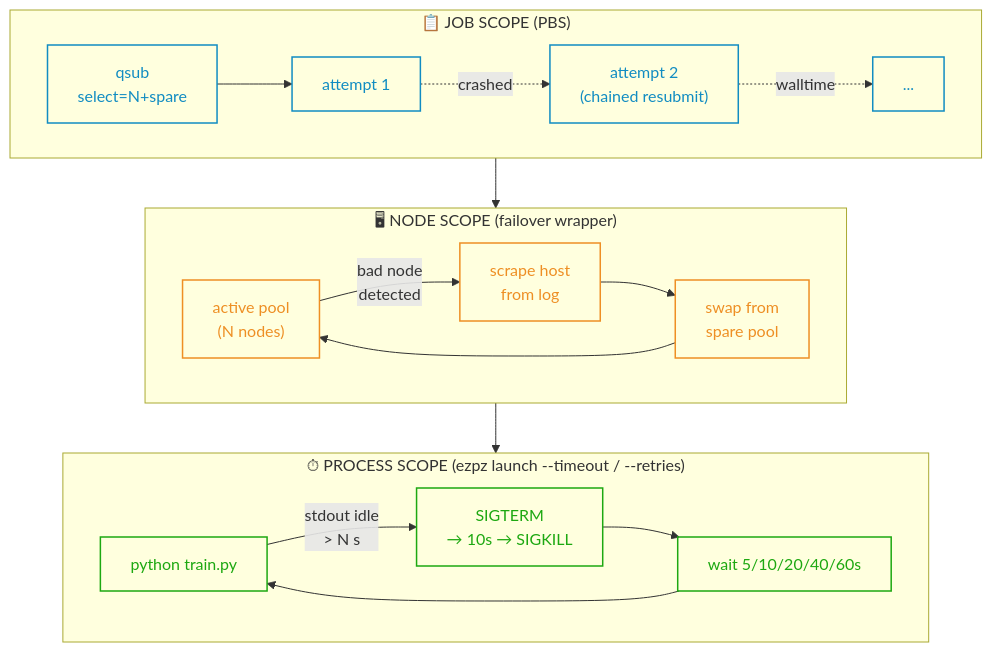
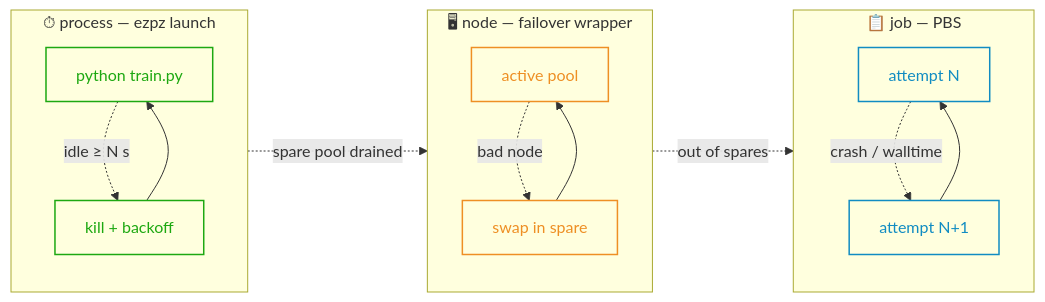
Before and after one commit to saforem2/sam.onl: the third of 4 diagrams in web/src/pages/talks/2026/06/03/index.mdx, drawn with Mermaid. The commit also changed other lines of this file and 4 other files, not shown here.

````diff
--- a/web/src/pages/talks/2026/06/03/index.mdx
+++ b/web/src/pages/talks/2026/06/03/index.mdx
@@ -595,37 +485,28 @@
 ```mermaid
-flowchart TB
-    subgraph job["📋 JOB SCOPE (PBS)"]
-        direction LR
-        Q["qsub
-        select=N+spare"] --> A1["attempt 1"]
-        A1 -.crashed.-> A2["attempt 2
-        (chained resubmit)"]
-        A2 -.walltime.-> A3["..."]
+flowchart LR
+    subgraph proc["⏱ process — ezpz launch"]
+        direction TB
+        RUN["python train.py"] -. "idle ≥ N s" .-> TERM["kill + backoff"]
+        TERM --> RUN
     end
-    subgraph node["🖥 NODE SCOPE (failover wrapper)"]
-        direction LR
-        ACTIVE["active pool
-        (N nodes)"] -- "bad node\ndetected" --> SCRAPE["scrape host
-        from log"]
-        SCRAPE --> SWAP["swap from
-        spare pool"]
+    subgraph node["🖥 node — failover wrapper"]
+        direction TB
+        ACTIVE["active pool"] -. "bad node" .-> SWAP["swap in spare"]
         SWAP --> ACTIVE
     end
-    subgraph proc["⏱ PROCESS SCOPE (ezpz launch --timeout / --retries)"]
-        direction LR
-        RUN["python train.py"] -- "stdout idle\n> N s" --> TERM["SIGTERM
-        → 10s → SIGKILL"]
-        TERM --> BACKOFF["wait 5/10/20/40/60s"]
-        BACKOFF --> RUN
+    subgraph job["📋 job — PBS"]
+        direction TB
+        A1["attempt N"] -. "crash / walltime" .-> A2["attempt N+1"]
+        A2 --> A1
     end
 
-    job --> node
-    node --> proc
+    proc -. "spare pool drained" .-> node
+    node -. "out of spares" .-> job
 
+    classDef procC fill:transparent,stroke:#1da811,color:#1da811,stroke-width:1.5px
+    classDef nodeC fill:transparent,stroke:#ee8f24,color:#ee8f24,stroke-width:1.5px
     classDef jobC fill:transparent,stroke:#118cc2,color:#118cc2,stroke-width:1.5px
-    classDef nodeC fill:transparent,stroke:#ee8f24,color:#ee8f24,stroke-width:1.5px
-    classDef procC fill:transparent,stroke:#1da811,color:#1da811,stroke-width:1.5px
-    class Q,A1,A2,A3 jobC
-    class ACTIVE,SCRAPE,SWAP nodeC
-    class RUN,TERM,BACKOFF procC
+    class RUN,TERM procC
+    class ACTIVE,SWAP nodeC
+    class A1,A2 jobC
 ```
````
